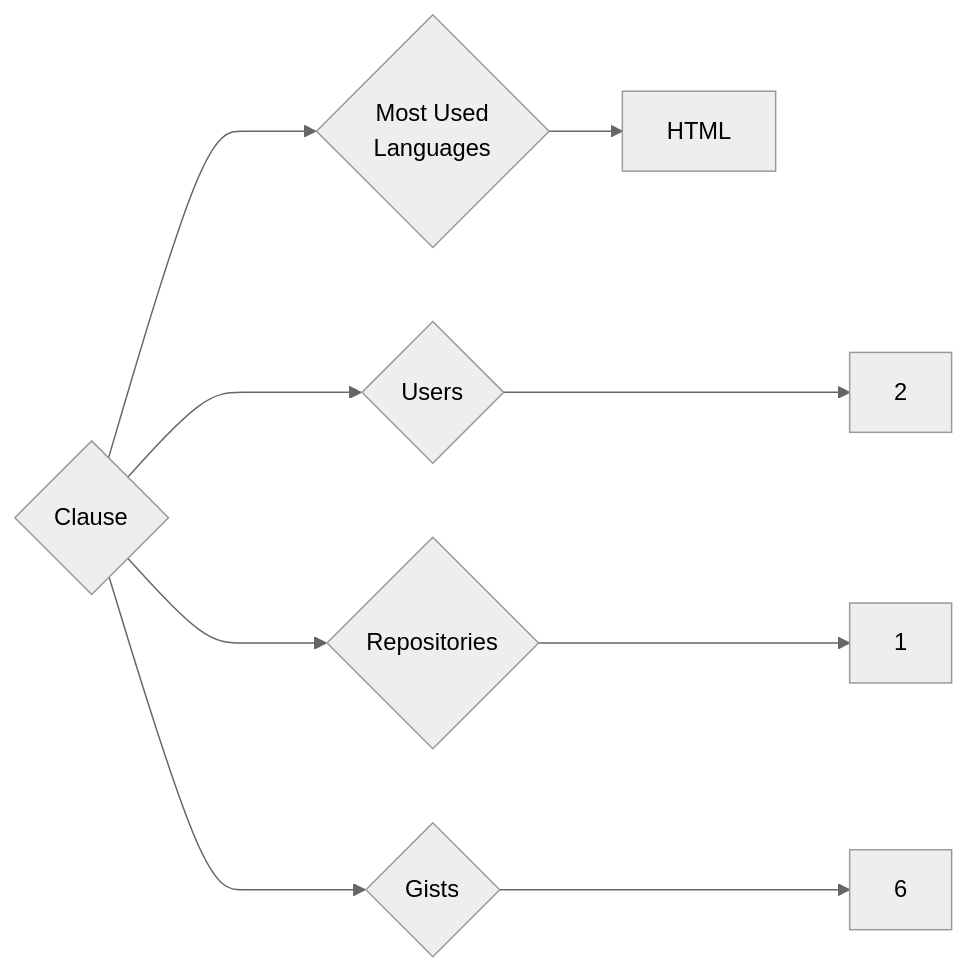
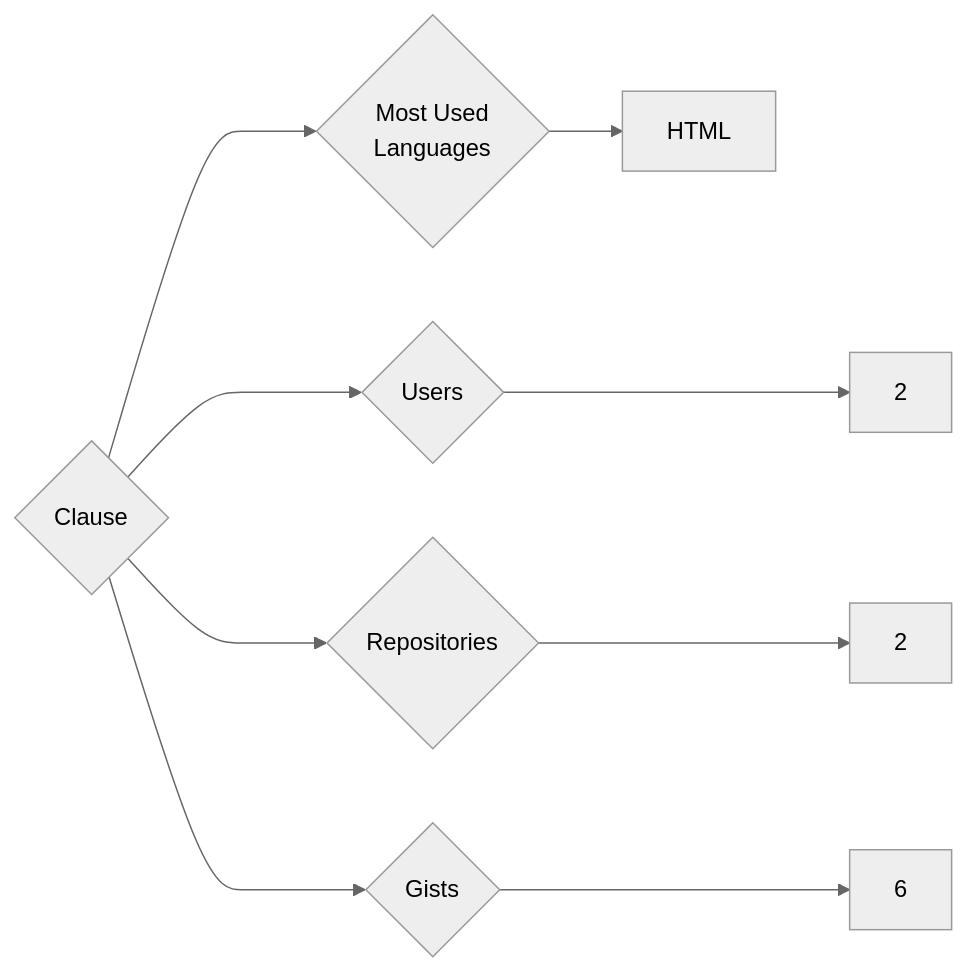
The diagram in targets/Clause/README.md (trickest/insiders), drawn with Mermaid (neutral theme) before and after one commit. The commit also changed 942 other files, not shown here.

````diff
--- a/targets/Clause/README.md
+++ b/targets/Clause/README.md
@@ -3,9 +3,9 @@
 ```mermaid
 graph LR
 COMPANY_NAME{Clause}
 COMPANY_NAME ---> U{Users} ---> UN[2]
-COMPANY_NAME ---> R{Repositories} ---> RN[1]
+COMPANY_NAME ---> R{Repositories} ---> RN[2]
 COMPANY_NAME ---> G{Gists} ---> GN[6]
 COMPANY_NAME ---> ML{Most Used<br>Languages}
 ML --> HTML[HTML]
 ```
````
